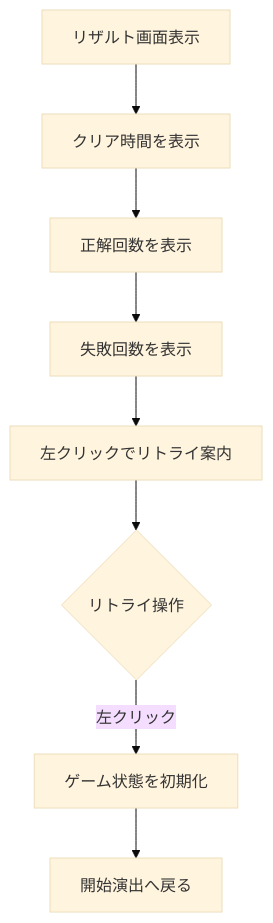
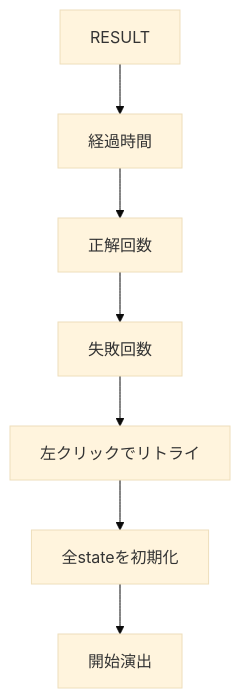
One commit to lycanthr0pes/language-deciphering-game changed diagram 13 of 13 in docs/project-flow.md. Above: the diagram before and after it, drawn with Mermaid (base theme). The commit also changed other lines of this file and 12 other files, not shown here.

````diff
--- a/docs/project-flow.md
+++ b/docs/project-flow.md
@@ -257,10 +267,9 @@
 ```mermaid
 flowchart TD
-    A[リザルト画面表示] --> B[クリア時間を表示]
-    B --> C[正解回数を表示]
-    C --> D[失敗回数を表示]
-    D --> E[左クリックでリトライ案内]
-    E --> F{リトライ操作}
-    F -->|左クリック| G[ゲーム状態を初期化]
-    G --> H[開始演出へ戻る]
+    A[RESULT] --> B[経過時間]
+    B --> C[正解回数]
+    C --> D[失敗回数]
+    D --> E[左クリックでリトライ]
+    E --> F[全stateを初期化]
+    F --> G[開始演出]
 ```
````
